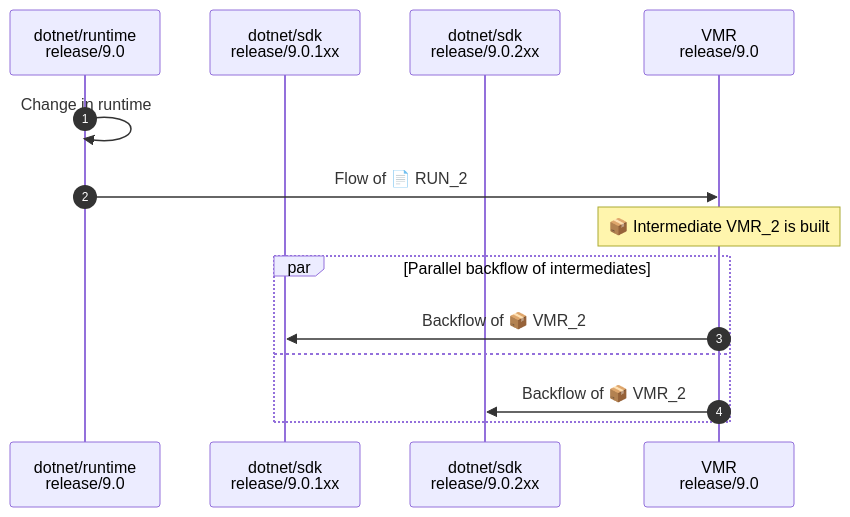
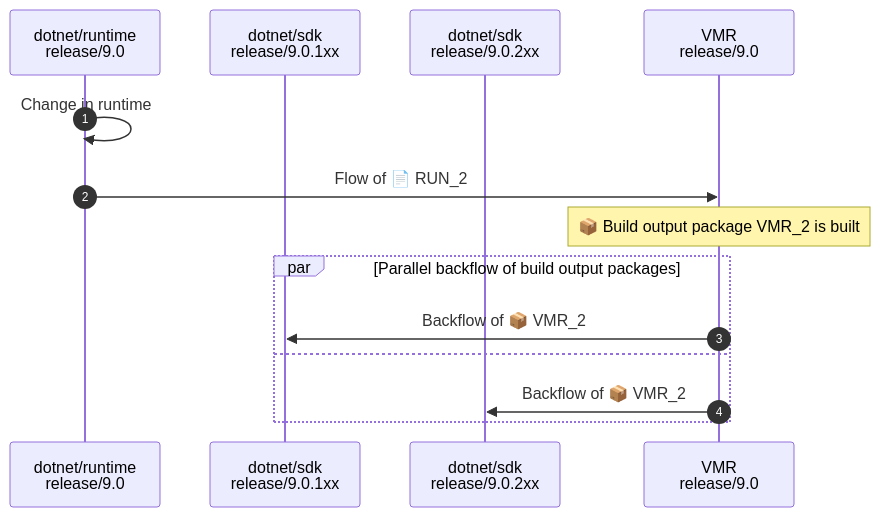
The first of 2 diagrams in Documentation/UnifiedBuild/VMR-Managing-SDK-Bands-Side-by-Side-folders.md (dotnet/arcade), drawn with Mermaid before and after one commit. The commit also changed other lines of this file and 2 other files, not shown here.

Commit message:
Intermediates -> Build output packages

````diff
--- a/Documentation/UnifiedBuild/VMR-Managing-SDK-Bands-Side-by-Side-folders.md
+++ b/Documentation/UnifiedBuild/VMR-Managing-SDK-Bands-Side-by-Side-folders.md
@@ -108,19 +108,19 @@
 ```mermaid
 sequenceDiagram
     autonumber
 
     participant runtime as dotnet/runtime<br />release/9.0
     participant SDK_1xx as dotnet/sdk<br />release/9.0.1xx
     participant SDK_2xx as dotnet/sdk<br />release/9.0.2xx
     participant VMR as VMR<br />release/9.0
 
     runtime->>runtime: Change in runtime
     runtime->>VMR: Flow of 📄 RUN_2
-    Note over VMR: 📦 Intermediate VMR_2 is built
+    Note over VMR: 📦 Build output package VMR_2 is built
 
-    par Parallel backflow of intermediates
+    par Parallel backflow of build output packages
         VMR->>SDK_1xx: Backflow of 📦 VMR_2
     and
         VMR->>SDK_2xx: Backflow of 📦 VMR_2
     end
 ```
````
